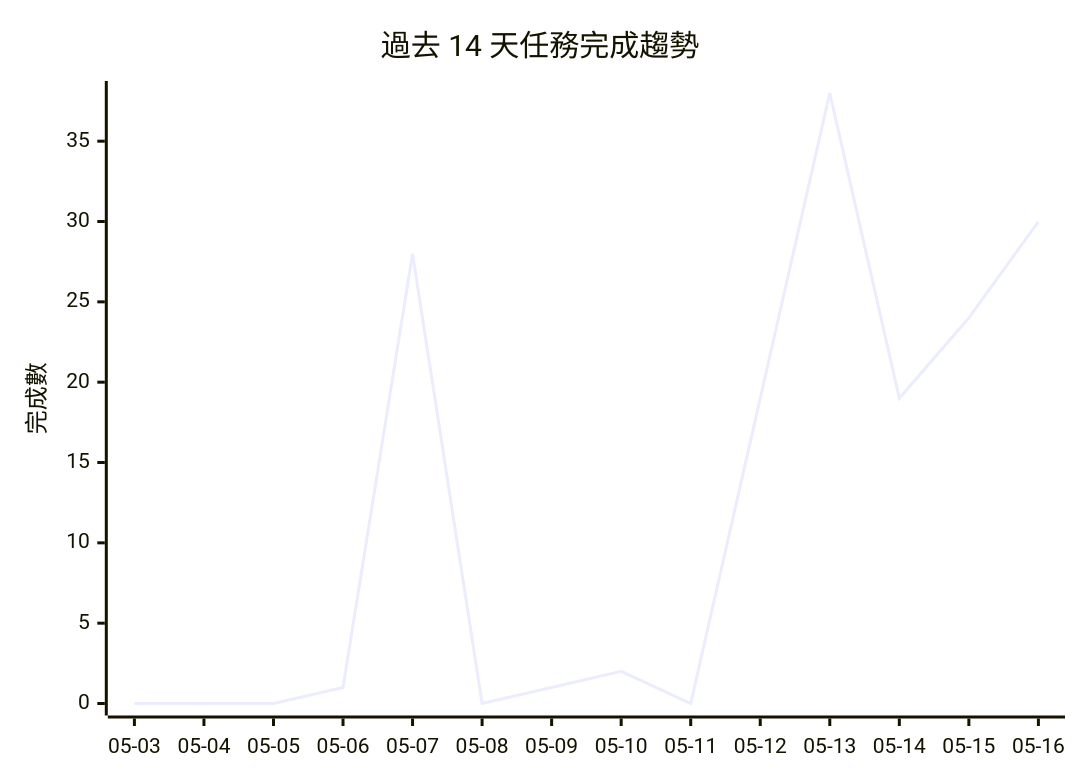
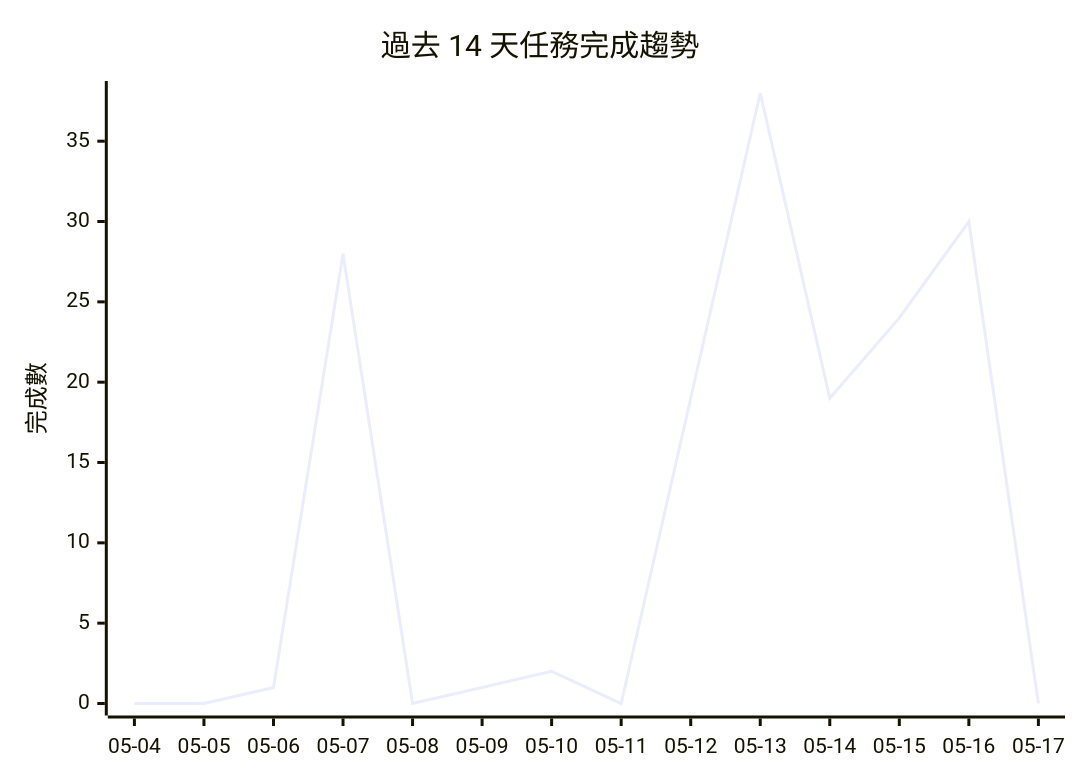
The diagram in README.md (openclawchen8-lgtm/openclawchen8-lgtm), drawn with Mermaid before and after one commit. The commit also changed other lines of this file, not shown here.

````diff
--- a/README.md
+++ b/README.md
@@ -152,7 +152,7 @@
 ```mermaid
 xychart-beta
     title "過去 14 天任務完成趨勢"
-    x-axis ["05-03", "05-04", "05-05", "05-06", "05-07", "05-08", "05-09", "05-10", "05-11", "05-12", "05-13", "05-14", "05-15", "05-16"]
+    x-axis ["05-04", "05-05", "05-06", "05-07", "05-08", "05-09", "05-10", "05-11", "05-12", "05-13", "05-14", "05-15", "05-16", "05-17"]
     y-axis "完成數" 0 --> 38
-    line [0, 0, 0, 1, 28, 0, 1, 2, 0, 19, 38, 19, 24, 30]
+    line [0, 0, 1, 28, 0, 1, 2, 0, 19, 38, 19, 24, 30, 0]
 ```
````
